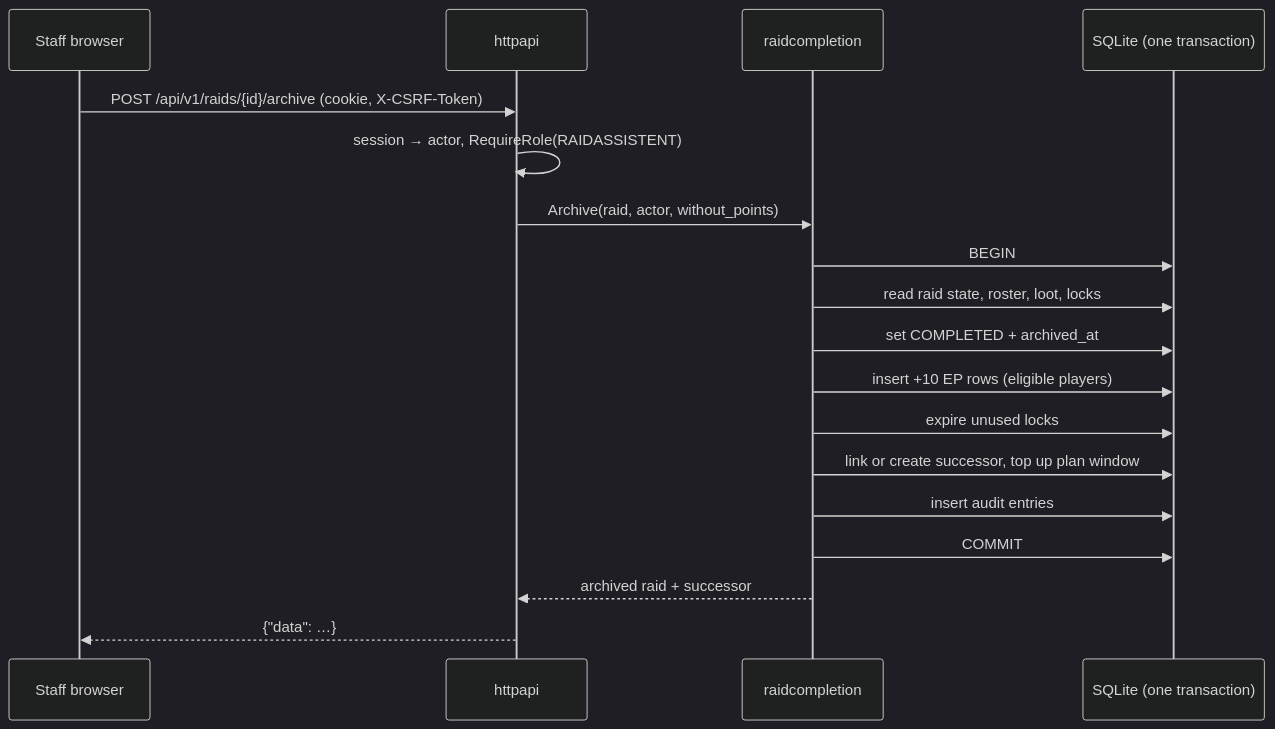
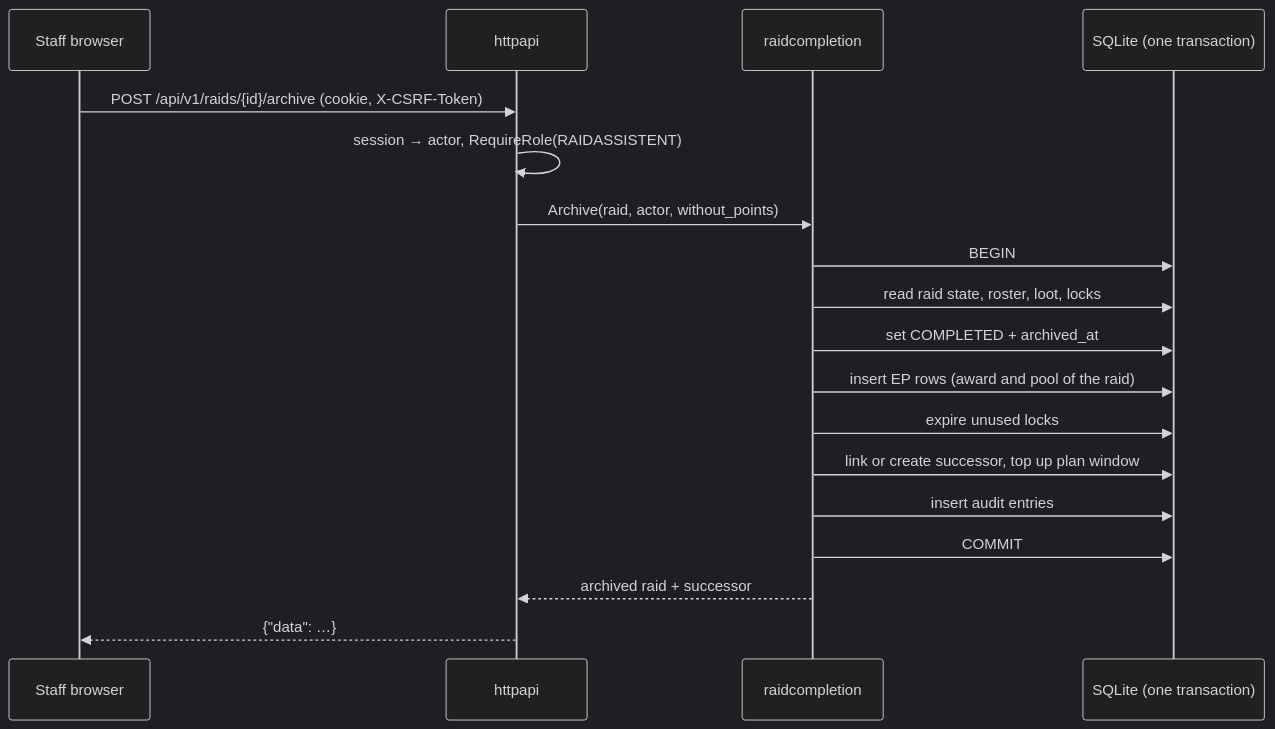
One commit to robinschweitz/raid-website changed the second of 2 diagrams in ARCHITECTURE.md. Above: the diagram before and after it, drawn with Mermaid (dark theme). The commit also changed other lines of this file and 62 other files, not shown here.

First line of the commit message:
feat: EP pools and an EP award per raid series

````diff
--- a/ARCHITECTURE.md
+++ b/ARCHITECTURE.md
@@ -255,20 +255,20 @@
 ```mermaid
 sequenceDiagram
   participant S as Staff browser
   participant H as httpapi
   participant RC as raidcompletion
   participant DB as SQLite (one transaction)
   S->>H: POST /api/v1/raids/{id}/archive (cookie, X-CSRF-Token)
   H->>H: session → actor, RequireRole(RAIDASSISTENT)
   H->>RC: Archive(raid, actor, without_points)
   RC->>DB: BEGIN
   RC->>DB: read raid state, roster, loot, locks
   RC->>DB: set COMPLETED + archived_at
-  RC->>DB: insert +10 EP rows (eligible players)
+  RC->>DB: insert EP rows (award and pool of the raid)
   RC->>DB: expire unused locks
   RC->>DB: link or create successor, top up plan window
   RC->>DB: insert audit entries
   RC->>DB: COMMIT
   RC-->>H: archived raid + successor
   H-->>S: {"data": …}
 ```
````
